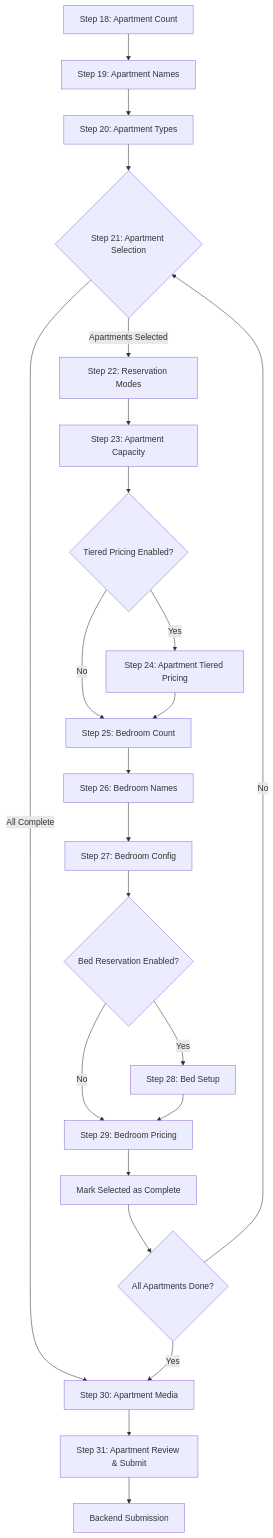
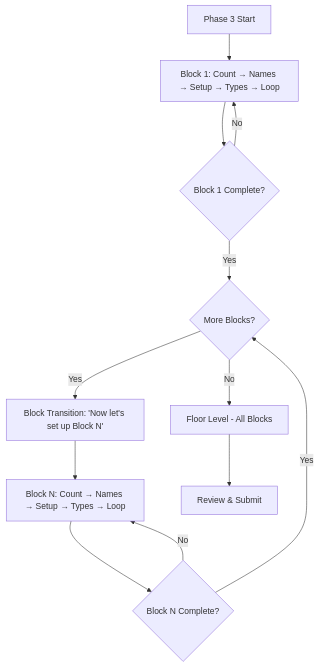
The second of 3 diagrams in docs/architecture/BECOME_OWNER_WIZARD_ARCHITECTURE.md (hasanmokdad-cloud/roomy-vision-clone), drawn with Mermaid before and after one commit. The commit also changed other lines of this file, not shown here.

Commit message:
Updated dorm wizard flow

````diff
--- a/docs/architecture/BECOME_OWNER_WIZARD_ARCHITECTURE.md
+++ b/docs/architecture/BECOME_OWNER_WIZARD_ARCHITECTURE.md
@@ -2379,31 +1229,16 @@
 ```mermaid
 flowchart TD
-    A18[Step 18: Apartment Count] --> A19[Step 19: Apartment Names]
-    A19 --> A20[Step 20: Apartment Types]
-    A20 --> A21{Step 21: Apartment Selection}
+    START[Phase 3 Start] --> B1[Block 1: Count → Names → Setup → Types → Loop]
+    B1 --> B1_DONE{Block 1 Complete?}
+    B1_DONE -->|No| B1
+    B1_DONE -->|Yes| B_CHECK{More Blocks?}
     
-    A21 -->|All Complete| A30[Step 30: Apartment Media]
-    A21 -->|Apartments Selected| A22[Step 22: Reservation Modes]
+    B_CHECK -->|Yes| B_TRANS["Block Transition: 'Now let's set up Block N'"]
+    B_TRANS --> BN[Block N: Count → Names → Setup → Types → Loop]
+    BN --> BN_DONE{Block N Complete?}
+    BN_DONE -->|No| BN
+    BN_DONE -->|Yes| B_CHECK
     
-    A22 --> A23[Step 23: Apartment Capacity]
-    A23 --> ATIER{Tiered Pricing Enabled?}
-    ATIER -->|Yes| A24[Step 24: Apartment Tiered Pricing]
-    ATIER -->|No| A25[Step 25: Bedroom Count]
-    A24 --> A25
-    
-    A25 --> A26[Step 26: Bedroom Names]
-    A26 --> A27[Step 27: Bedroom Config]
-    
-    A27 --> BED{Bed Reservation Enabled?}
-    BED -->|Yes| A28[Step 28: Bed Setup]
-    BED -->|No| A29[Step 29: Bedroom Pricing]
-    A28 --> A29
-    
-    A29 --> AMARK[Mark Selected as Complete]
-    AMARK --> ALOOP{All Apartments Done?}
-    ALOOP -->|No| A21
-    ALOOP -->|Yes| A30
-    
-    A30 --> A31[Step 31: Apartment Review & Submit]
-    A31 --> ASUBMIT[Backend Submission]
+    B_CHECK -->|No| FLOOR[Floor Level - All Blocks]
+    FLOOR --> REVIEW[Review & Submit]
 ```
````
